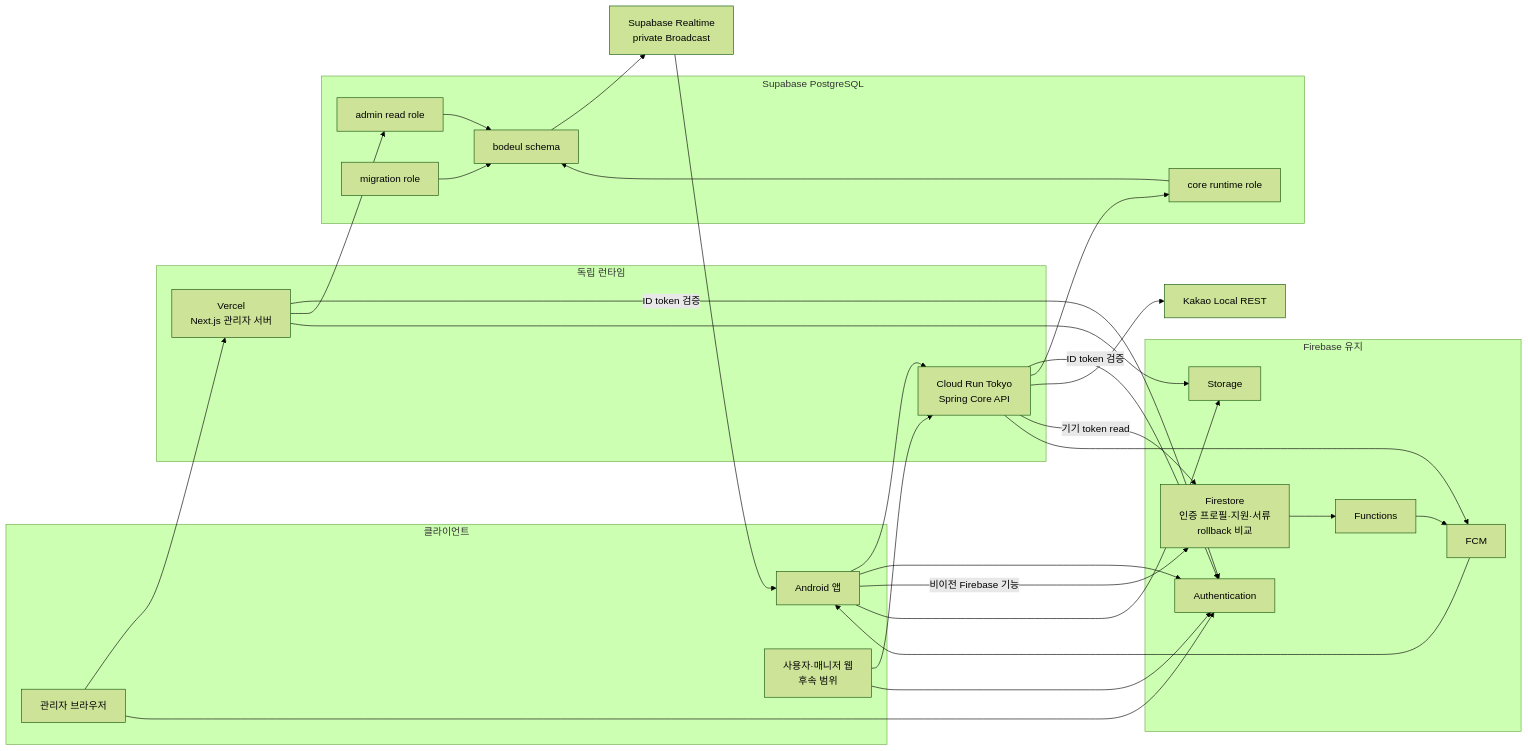
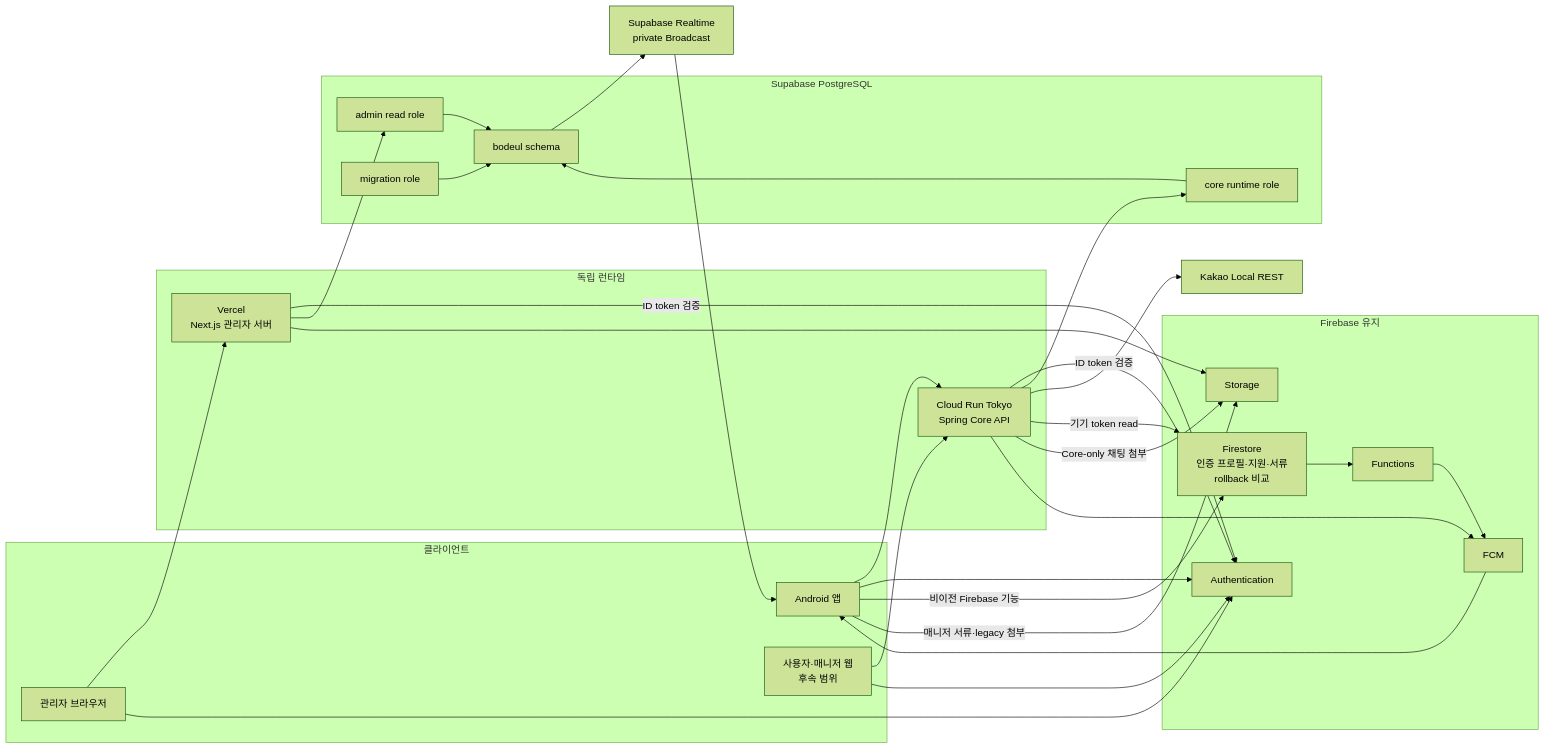
One commit to bodeul110/Bodeul changed the diagram in docs/architecture/system-architecture-diagram.md. Above: the diagram before and after it, drawn with Mermaid (forest theme). The commit also changed other lines of this file and 36 other files, not shown here.

````diff
--- a/docs/architecture/system-architecture-diagram.md
+++ b/docs/architecture/system-architecture-diagram.md
@@ -7,57 +7,58 @@
 ```mermaid
 flowchart LR
   subgraph Client["클라이언트"]
     Admin["관리자 브라우저"]
     Android["Android 앱"]
     UserWeb["사용자·매니저 웹\n후속 범위"]
   end
 
   subgraph Runtime["독립 런타임"]
     Next["Vercel\nNext.js 관리자 서버"]
     Spring["Cloud Run Tokyo\nSpring Core API"]
   end
 
   subgraph Firebase["Firebase 유지"]
     Auth["Authentication"]
     Firestore["Firestore\n인증 프로필·지원·서류\nrollback 비교"]
     Storage["Storage"]
     Functions["Functions"]
     FCM["FCM"]
   end
 
   subgraph Database["Supabase PostgreSQL"]
     Schema["bodeul schema"]
     AdminRole["admin read role"]
     CoreRole["core runtime role"]
     Migration["migration role"]
   end
 
   Realtime["Supabase Realtime\nprivate Broadcast"]
 
   Kakao["Kakao Local REST"]
 
   Admin --> Next
   Android --> Spring
   UserWeb --> Spring
   Admin --> Auth
   Android --> Auth
   UserWeb --> Auth
   Next -->|"ID token 검증"| Auth
   Spring -->|"ID token 검증"| Auth
   Next --> AdminRole
   Spring --> CoreRole
   AdminRole --> Schema
   CoreRole --> Schema
   Migration --> Schema
   Spring --> Kakao
   Schema --> Realtime
   Realtime --> Android
   Android -->|"비이전 Firebase 기능"| Firestore
   Spring -->|"기기 token read"| Firestore
   Next --> Storage
-  Android --> Storage
+  Android -->|"매니저 서류·legacy 첨부"| Storage
+  Spring -->|"Core-only 채팅 첨부"| Storage
   Firestore --> Functions
   Functions --> FCM
   Spring --> FCM
   FCM --> Android
 ```
````
